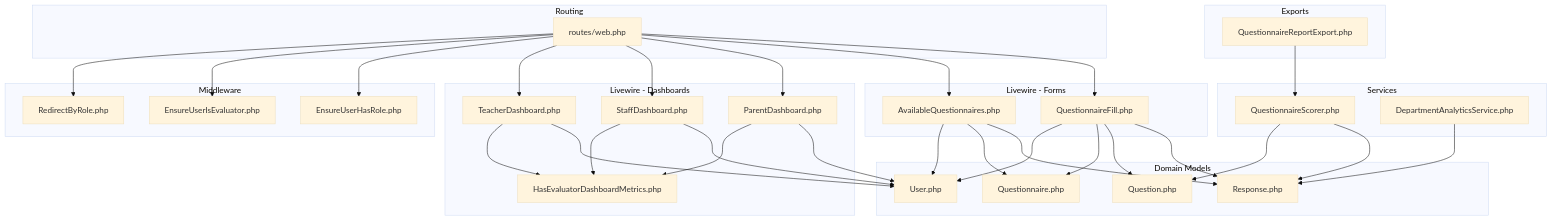
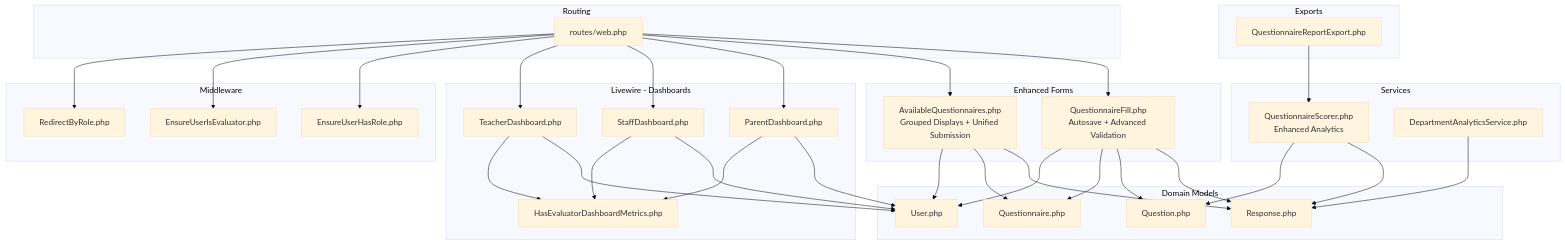
The first of 7 diagrams in .qoder/repowiki/en/content/Core Features/Evaluation Workflows/Evaluation Workflows.md (rudicatsmile/assesment360), drawn with Mermaid (base theme) before and after one commit. The commit also changed other lines of this file and 5 other files, not shown here.

First line of the commit message:
feat(evaluation): enhance questionnaire workflow with grouping, autosave, and validation

````diff
--- a/.qoder/repowiki/en/content/Core Features/Evaluation Workflows/Evaluation Workflows.md
+++ b/.qoder/repowiki/en/content/Core Features/Evaluation Workflows/Evaluation Workflows.md
@@ -43,59 +55,59 @@
 ```mermaid
 graph TB
 subgraph "Routing"
 RWEB["routes/web.php"]
 end
 subgraph "Middleware"
 M1["EnsureUserHasRole.php"]
 M2["EnsureUserIsEvaluator.php"]
 M3["RedirectByRole.php"]
 end
 subgraph "Livewire - Dashboards"
 D1["TeacherDashboard.php"]
 D2["StaffDashboard.php"]
 D3["ParentDashboard.php"]
 DC["HasEvaluatorDashboardMetrics.php"]
 end
-subgraph "Livewire - Forms"
-F1["AvailableQuestionnaires.php"]
-F2["QuestionnaireFill.php"]
+subgraph "Enhanced Forms"
+F1["AvailableQuestionnaires.php<br/>Grouped Displays + Unified Submission"]
+F2["QuestionnaireFill.php<br/>Autosave + Advanced Validation"]
 end
 subgraph "Domain Models"
 U["User.php"]
 QZ["Questionnaire.php"]
 Q["Question.php"]
 RSP["Response.php"]
 end
 subgraph "Services"
-S1["QuestionnaireScorer.php"]
+S1["QuestionnaireScorer.php<br/>Enhanced Analytics"]
 S2["DepartmentAnalyticsService.php"]
 end
 subgraph "Exports"
 E1["QuestionnaireReportExport.php"]
 end
 RWEB --> M3
 RWEB --> M2
 RWEB --> M1
 RWEB --> D1
 RWEB --> D2
 RWEB --> D3
 D1 --> DC
 D2 --> DC
 D3 --> DC
 RWEB --> F1
 RWEB --> F2
 D1 --> U
 D2 --> U
 D3 --> U
 F1 --> U
 F2 --> U
 F2 --> QZ
 F2 --> Q
 F2 --> RSP
 F1 --> QZ
 F1 --> RSP
 S1 --> Q
 S1 --> RSP
 S2 --> RSP
 E1 --> S1
 ```
````
